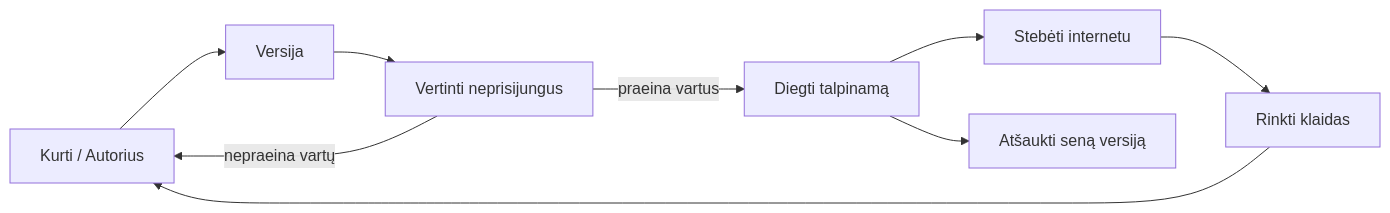
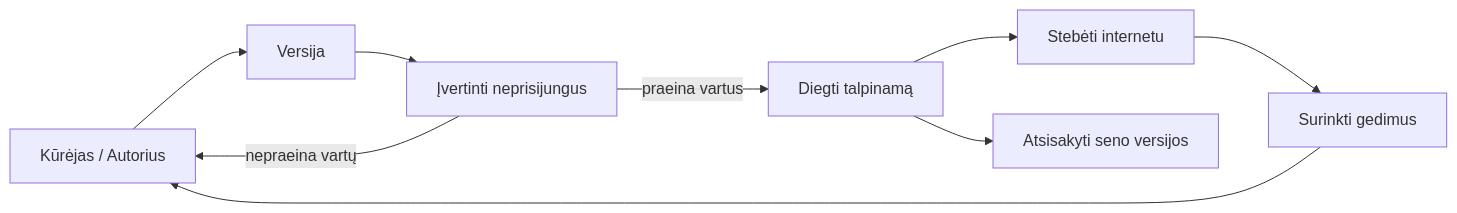
One commit to microsoft/ai-agents-for-beginners changed the second of 4 diagrams in translations/lt/16-deploying-scalable-agents/README.md. Above: the diagram before and after it, drawn with Mermaid. The commit also changed other lines of this file and 45 other files, not shown here.

````diff
--- a/translations/lt/16-deploying-scalable-agents/README.md
+++ b/translations/lt/16-deploying-scalable-agents/README.md
@@ -108,11 +108,11 @@
 ```mermaid
 flowchart LR
-    Create[Kurti / Autorius] --> Version[Versija]
-    Version --> Evaluate[Vertinti neprisijungus]
+    Create[Kūrėjas / Autorius] --> Version[Versija]
+    Version --> Evaluate[Įvertinti neprisijungus]
     Evaluate -->|praeina vartus| Deploy[Diegti talpinamą]
     Evaluate -->|nepraeina vartų| Create
     Deploy --> Observe[Stebėti internetu]
-    Observe --> Improve[Rinkti klaidas]
+    Observe --> Improve[Surinkti gedimus]
     Improve --> Create
-    Deploy --> Retire[Atšaukti seną versiją]
+    Deploy --> Retire[Atsisakyti seno versijos]
 ```
````
